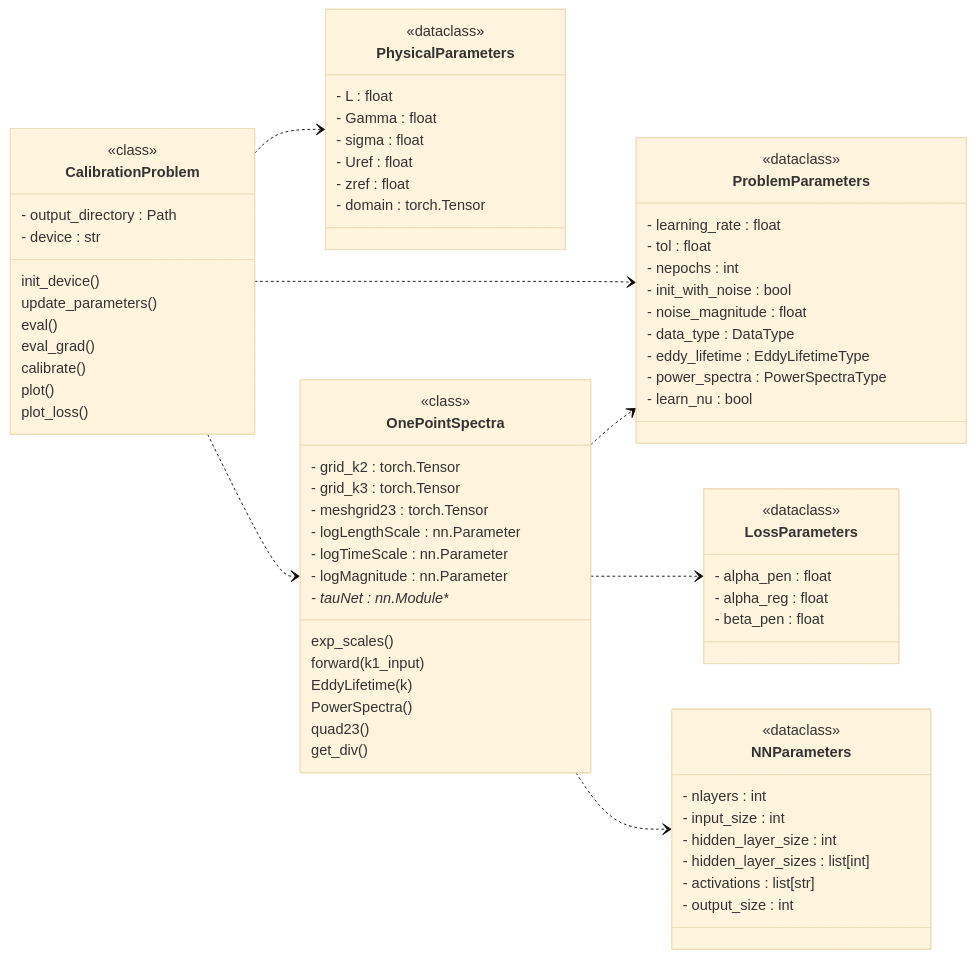
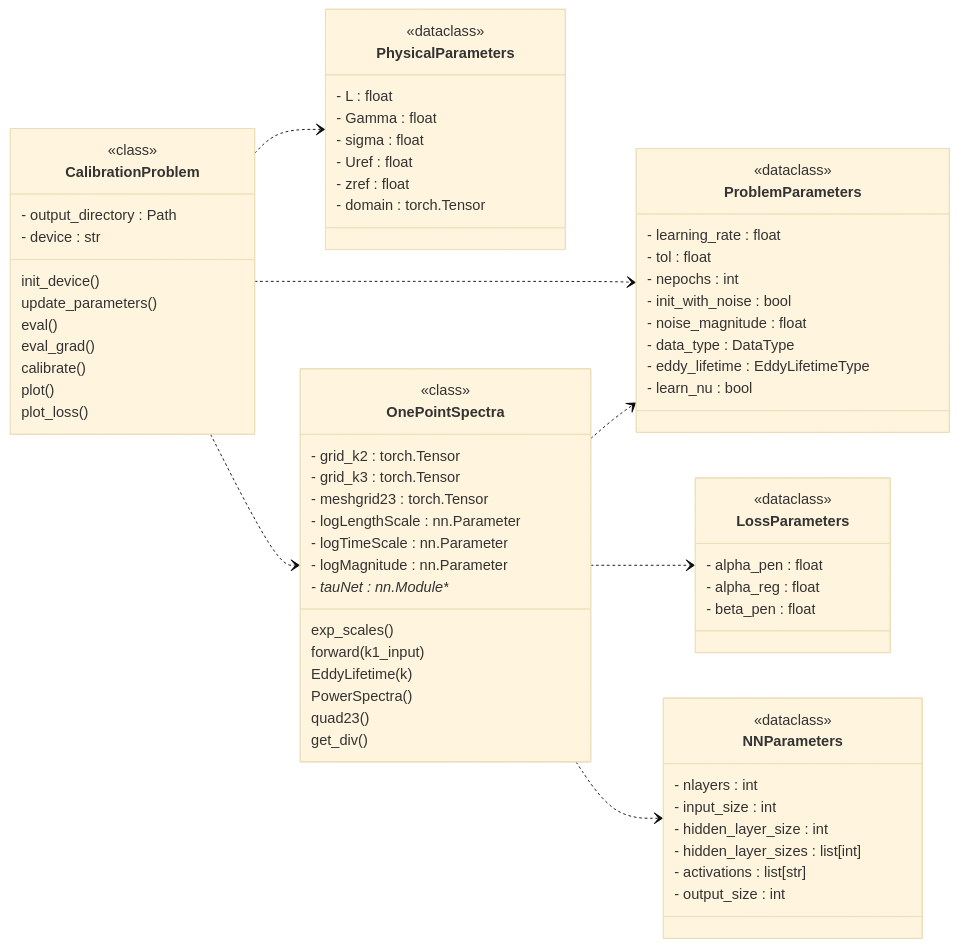
One commit to METHODS-Group/DRDMannTurb changed the diagram in docs/source/uml_drd.rst. Above: the diagram before and after it, drawn with Mermaid (base theme). The commit also changed other lines of this file and 6 other files, not shown here.

Commit message:
Dismantling OnePointSpectraDataGenerator p1 -- broke VK and Kaimal out into their own functions, got rid of AUTO, soon to get rid of CUSTOM in favor of generic cleaning routines

```diff
--- a/docs/source/uml_drd.rst
+++ b/docs/source/uml_drd.rst
@@ -10,76 +10,75 @@
-.. mermaid:: 
+.. mermaid::
     :zoom:
-  
+
     classDiagram
     direction LR
         class CalibrationProblem {
             <<class>>
             - output_directory : Path
             - device : str
             init_device()
-            update_parameters() 
+            update_parameters()
             eval()
-            eval_grad() 
+            eval_grad()
             calibrate()
             plot()
             plot_loss()
         }
         class NNParameters {
             <<dataclass>>
             - nlayers : int
             - input_size : int
             - hidden_layer_size : int
             - hidden_layer_sizes : list[int]
             - activations : list[str]
-            - output_size : int 
+            - output_size : int
         }
         class ProblemParameters {
             <<dataclass>>
             - learning_rate : float
-            - tol : float 
-            - nepochs : int 
-            - init_with_noise : bool 
+            - tol : float
+            - nepochs : int
+            - init_with_noise : bool
             - noise_magnitude : float
             - data_type : DataType
-            - eddy_lifetime : EddyLifetimeType 
-            - power_spectra : PowerSpectraType 
+            - eddy_lifetime : EddyLifetimeType
             - learn_nu : bool
         }
         class PhysicalParameters {
             <<dataclass>>
-            - L : float 
-            - Gamma : float 
-            - sigma : float 
-            - Uref : float 
-            - zref : float 
+            - L : float
+            - Gamma : float
+            - sigma : float
+            - Uref : float
+            - zref : float
             - domain : torch.Tensor
         }
         class LossParameters {
             <<dataclass>>
-            - alpha_pen : float 
-            - alpha_reg : float 
-            - beta_pen : float 
+            - alpha_pen : float
+            - alpha_reg : float
+            - beta_pen : float
         }
-        class OnePointSpectra { 
+        class OnePointSpectra {
             <<class>>
-            - grid_k2 : torch.Tensor 
-            - grid_k3 : torch.Tensor 
-            - meshgrid23 : torch.Tensor 
+            - grid_k2 : torch.Tensor
+            - grid_k3 : torch.Tensor
+            - meshgrid23 : torch.Tensor
             - logLengthScale : nn.Parameter
-            - logTimeScale : nn.Parameter 
-            - logMagnitude : nn.Parameter 
+            - logTimeScale : nn.Parameter
+            - logMagnitude : nn.Parameter
             - tauNet : nn.Module**
             exp_scales()
             forward(k1_input)
             EddyLifetime(k)
             PowerSpectra()
             quad23()
             get_div()
         }
 
         CalibrationProblem ..> ProblemParameters
         CalibrationProblem ..> PhysicalParameters
         OnePointSpectra ..> LossParameters
         CalibrationProblem ..> OnePointSpectra
         OnePointSpectra ..>  ProblemParameters
         OnePointSpectra  ..> NNParameters
```
